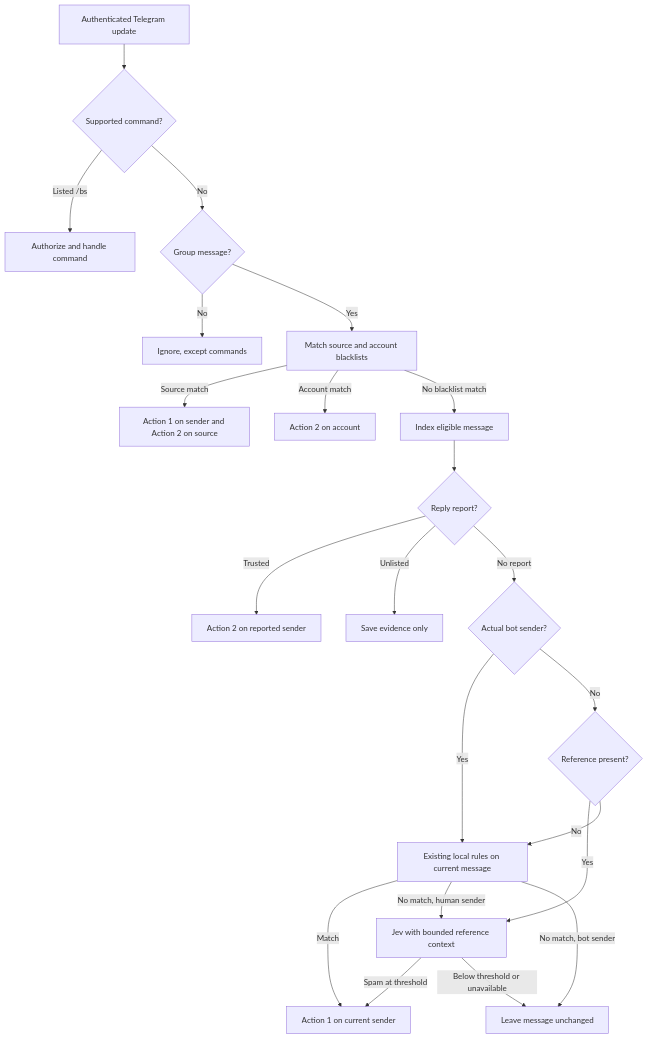
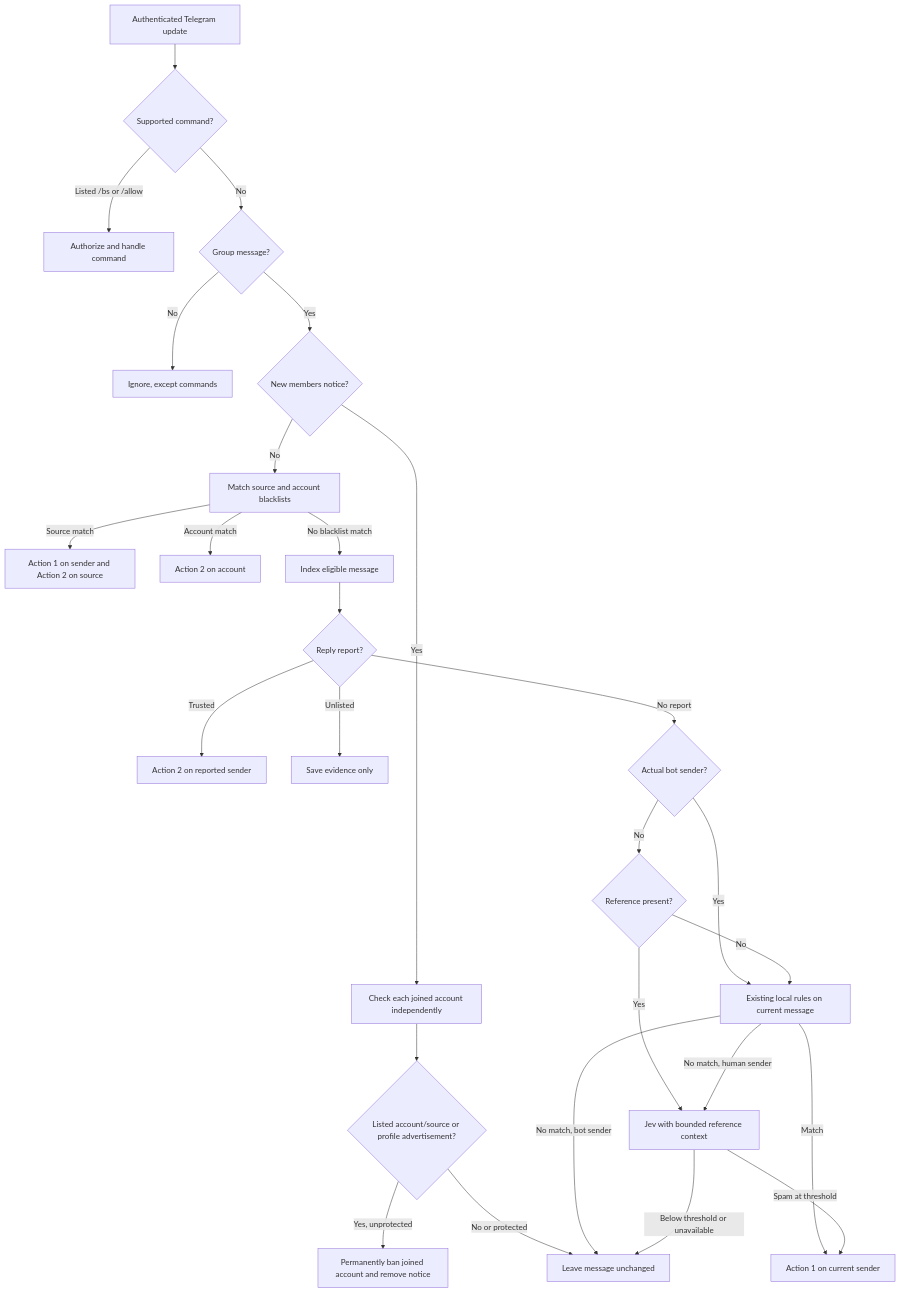
The first of 2 diagrams in docs/behavior.md (IceCodeNew/anti-fwd-spam), drawn with Mermaid before and after one commit. The commit also changed other lines of this file and 24 other files, not shown here.

First line of the commit message:
feat: ban advertising join profiles and add /allow recovery (#44)

````diff
--- a/docs/behavior.md
+++ b/docs/behavior.md
@@ -30,24 +31,29 @@
 ```mermaid
 flowchart TD
     A[Authenticated Telegram update] --> B{Supported command?}
-    B -->|Listed /bs| C[Authorize and handle command]
+    B -->|Listed /bs or /allow| C[Authorize and handle command]
     B -->|No| D{Group message?}
     D -->|No| E[Ignore, except commands]
-    D -->|Yes| F[Match source and account blacklists]
+    D -->|Yes| S{New members notice?}
+    S -->|Yes| T[Check each joined account independently]
+    T --> U{Listed account/source or profile advertisement?}
+    U -->|Yes, unprotected| V[Permanently ban joined account and remove notice]
+    U -->|No or protected| Q[Leave member unchanged]
+    S -->|No| F[Match source and account blacklists]
     F -->|Source match| G[Action 1 on sender and Action 2 on source]
     F -->|Account match| H[Action 2 on account]
     F -->|No blacklist match| I[Index eligible message]
     I --> J{Reply report?}
     J -->|Trusted| K[Action 2 on reported sender]
     J -->|Unlisted| L[Save evidence only]
     J -->|No report| R{Actual bot sender?}
     R -->|Yes| O[Existing local rules on current message]
     R -->|No| M{Reference present?}
     M -->|Yes| N[Jev with bounded reference context]
     M -->|No| O
     O -->|Match| P[Action 1 on current sender]
     O -->|No match, human sender| N
     O -->|No match, bot sender| Q[Leave message unchanged]
     N -->|Spam at threshold| P
     N -->|Below threshold or unavailable| Q[Leave message unchanged]
 ```
````
